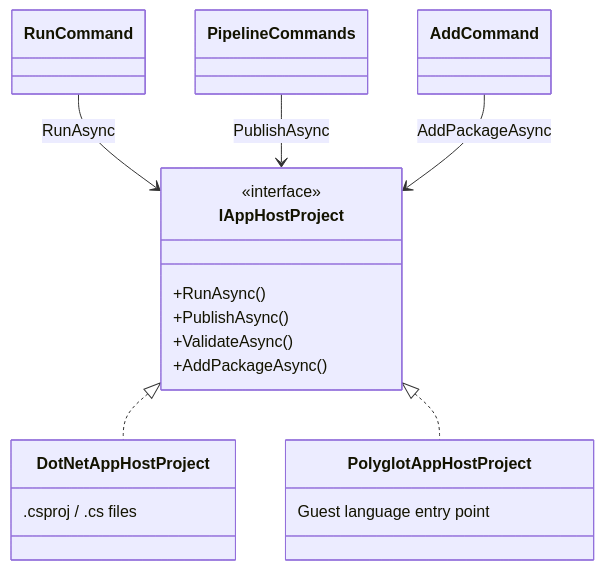
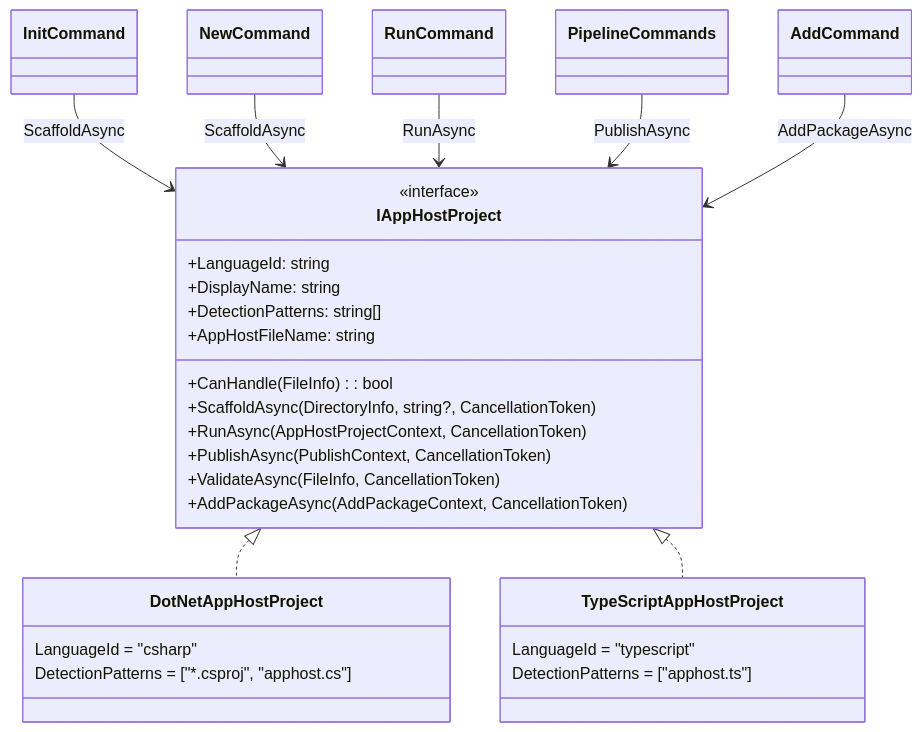
Before and after one commit to dotnet/aspire: the third of 3 diagrams in docs/specs/polyglot-apphost.md, drawn with Mermaid. The commit also changed other lines of this file and 20 other files, not shown here.

First line of the commit message:
Refactor AppHost Project Handling

````diff
--- a/docs/specs/polyglot-apphost.md
+++ b/docs/specs/polyglot-apphost.md
@@ -170,25 +170,35 @@
 ```mermaid
 classDiagram
     class IAppHostProject {
         <<interface>>
-        +RunAsync()
-        +PublishAsync()
-        +ValidateAsync()
-        +AddPackageAsync()
+        +LanguageId: string
+        +DisplayName: string
+        +DetectionPatterns: string[]
+        +AppHostFileName: string
+        +CanHandle(FileInfo): bool
+        +ScaffoldAsync(DirectoryInfo, string?, CancellationToken)
+        +RunAsync(AppHostProjectContext, CancellationToken)
+        +PublishAsync(PublishContext, CancellationToken)
+        +ValidateAsync(FileInfo, CancellationToken)
+        +AddPackageAsync(AddPackageContext, CancellationToken)
     }
 
     class DotNetAppHostProject {
-        .csproj / .cs files
+        LanguageId = "csharp"
+        DetectionPatterns = ["*.csproj", "apphost.cs"]
     }
 
-    class PolyglotAppHostProject {
-        Guest language entry point
+    class TypeScriptAppHostProject {
+        LanguageId = "typescript"
+        DetectionPatterns = ["apphost.ts"]
     }
 
     IAppHostProject <|.. DotNetAppHostProject
-    IAppHostProject <|.. PolyglotAppHostProject
+    IAppHostProject <|.. TypeScriptAppHostProject
 
+    InitCommand --> IAppHostProject : ScaffoldAsync
+    NewCommand --> IAppHostProject : ScaffoldAsync
     RunCommand --> IAppHostProject : RunAsync
     PipelineCommands --> IAppHostProject : PublishAsync
     AddCommand --> IAppHostProject : AddPackageAsync
 ```
````
